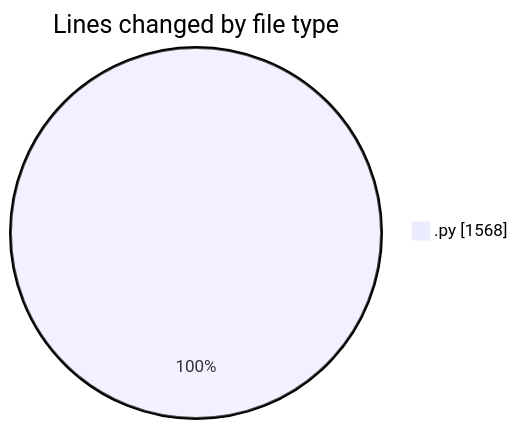
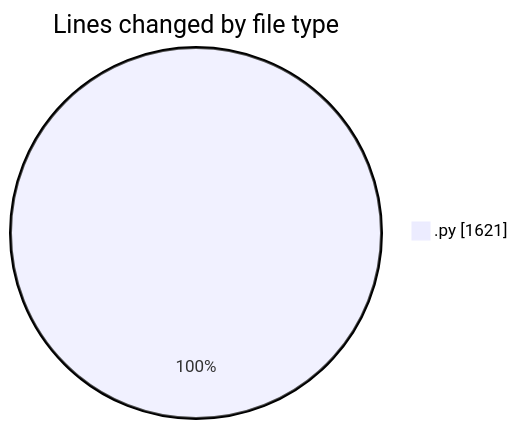
Before and after one commit to julien-gomy/code-tracking: the first of 2 diagrams in 2025-10-21/eventscop-api-guide__workspace_/README.md, drawn with Mermaid. The commit also changed other lines of this file and 1 other file, not shown here.

````diff
--- a/2025-10-21/eventscop-api-guide__workspace_/README.md
+++ b/2025-10-21/eventscop-api-guide__workspace_/README.md
@@ -24,5 +25,5 @@
 ```mermaid
 pie showData
 title Lines changed by file type
-".py" : 1568
+".py" : 1621
 ```
````
